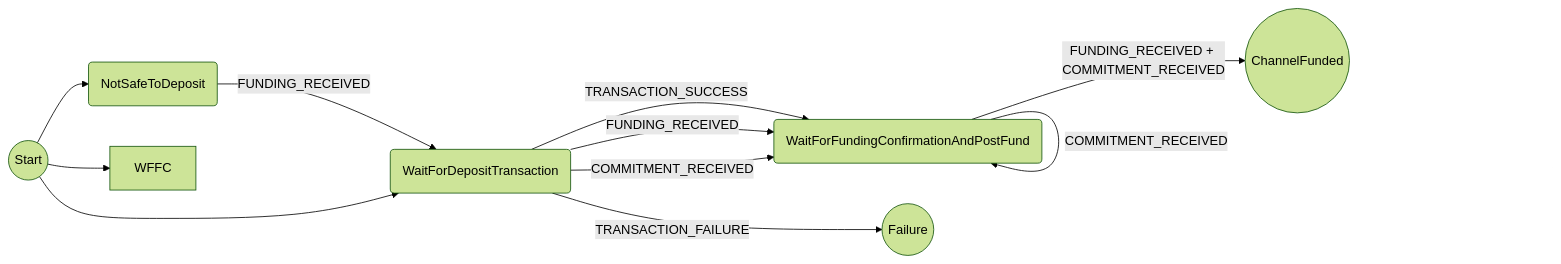
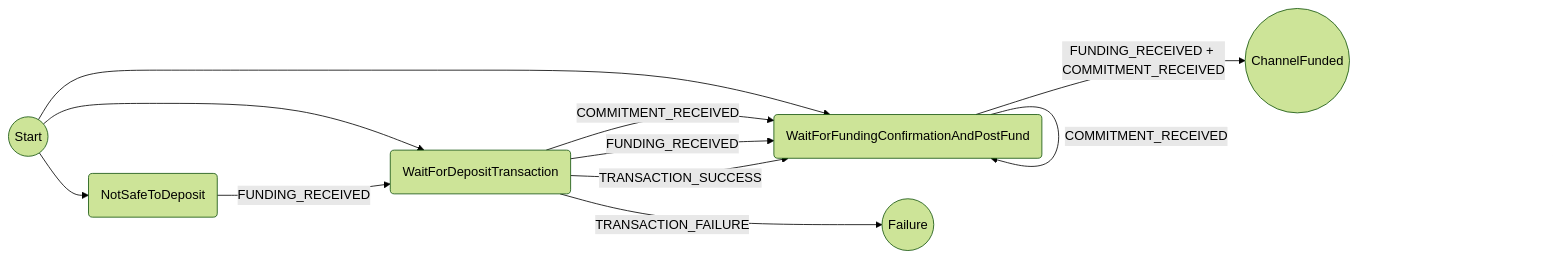
One commit to magmo/apps changed the diagram in packages/wallet/src/redux/protocols/direct-funding/readme.md. Above: the diagram before and after it, drawn with Mermaid (forest theme). The commit also changed 8 other files, not shown here.

````diff
--- a/packages/wallet/src/redux/protocols/direct-funding/readme.md
+++ b/packages/wallet/src/redux/protocols/direct-funding/readme.md
@@ -9,14 +9,14 @@
 ```mermaid
 graph LR
 ST((Start))-->NSD(NotSafeToDeposit)
 NSD-->|FUNDING_RECEIVED|WFDT(WaitForDepositTransaction)
 ST-->WFDT
 WFDT-->|TRANSACTION_SUCCESS|WFFCPF(WaitForFundingConfirmationAndPostFund)
 WFDT-->|FUNDING_RECEIVED|WFFCPF
 WFDT-->|COMMITMENT_RECEIVED|WFFCPF
 WFDT-->|TRANSACTION_FAILURE|F((Failure))
 WFFCPF-->|FUNDING_RECEIVED|WFFCPF
 WFFCPF-->|COMMITMENT_RECEIVED|WFFCPF
 WFFCPF-->|FUNDING_RECEIVED + COMMITMENT_RECEIVED|CF((ChannelFunded))
-ST-->WFFC
+ST-->WFFCPF
 ```
````
